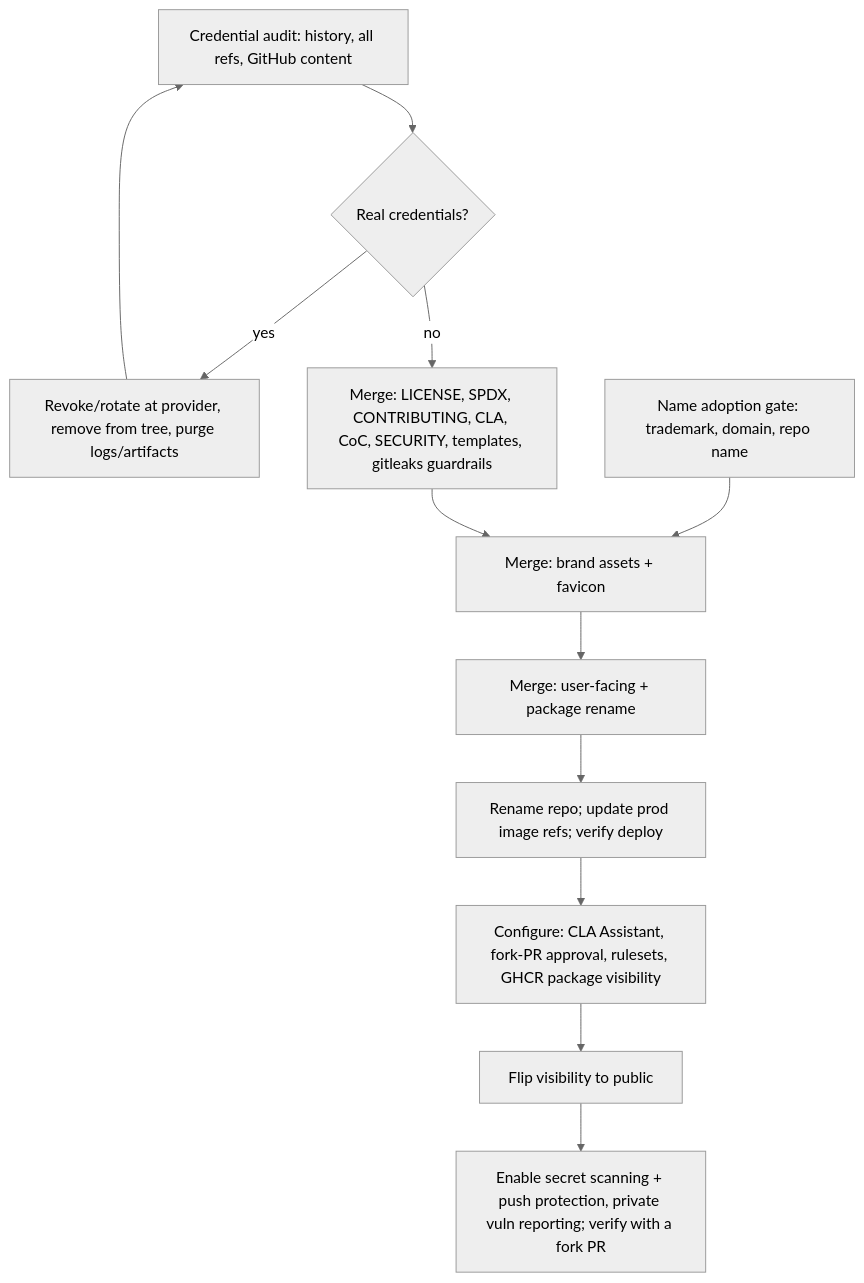
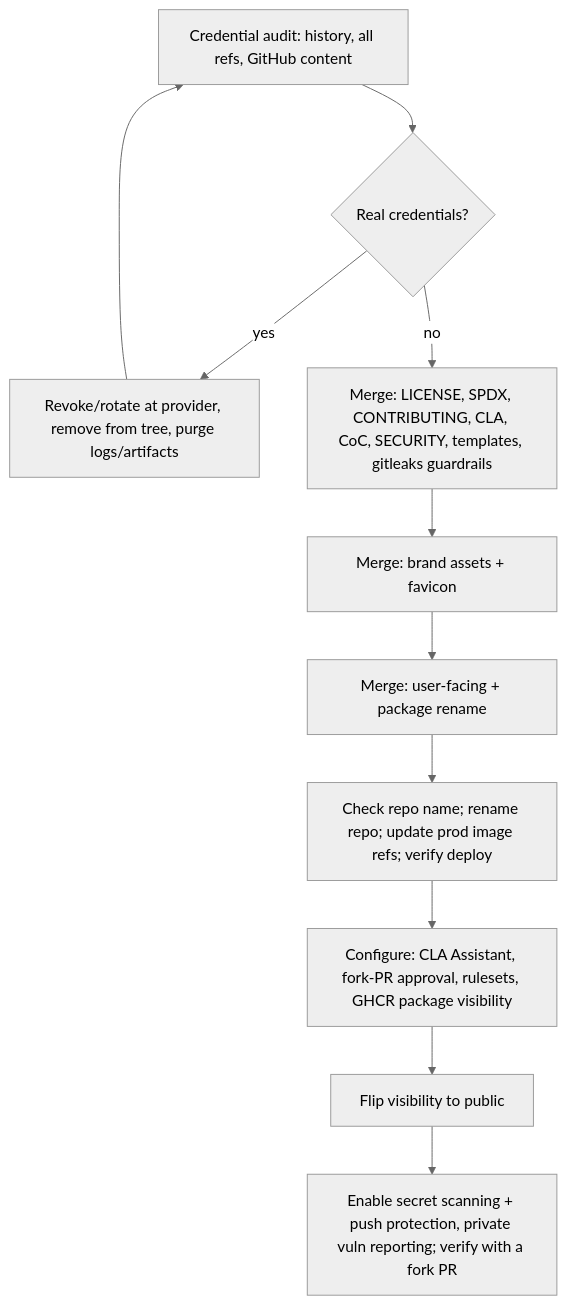
Before and after one commit to hjed/lifecontour: the diagram in docs/product-specifications/open-source-release-and-branding-product-specification.md, drawn with Mermaid (neutral theme). The commit also changed other lines of this file and 2 other files, not shown here.

First line of the commit message:
docs: drop the Lifecontour name-adoption gate and domain registration

````diff
--- a/docs/product-specifications/open-source-release-and-branding-product-specification.md
+++ b/docs/product-specifications/open-source-release-and-branding-product-specification.md
@@ -424,13 +421,12 @@
 ```mermaid
 flowchart TD
   A[Credential audit: history, all refs, GitHub content] --> B{Real credentials?}
   B -- yes --> C[Revoke/rotate at provider, remove from tree, purge logs/artifacts] --> A
   B -- no --> D[Merge: LICENSE, SPDX, CONTRIBUTING, CLA, CoC, SECURITY, templates, gitleaks guardrails]
-  N[Name adoption gate: trademark, domain, repo name] --> E
   D --> E[Merge: brand assets + favicon]
   E --> F[Merge: user-facing + package rename]
-  F --> G[Rename repo; update prod image refs; verify deploy]
+  F --> G[Check repo name; rename repo; update prod image refs; verify deploy]
   G --> H[Configure: CLA Assistant, fork-PR approval, rulesets, GHCR package visibility]
   H --> I[Flip visibility to public]
   I --> J[Enable secret scanning + push protection, private vuln reporting; verify with a fork PR]
 ```
````
